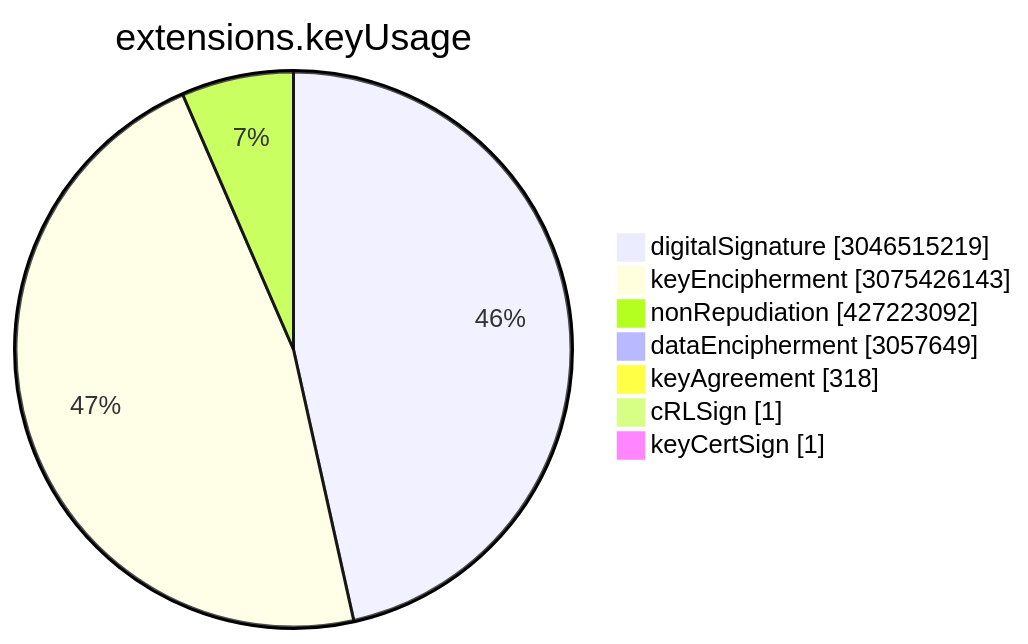
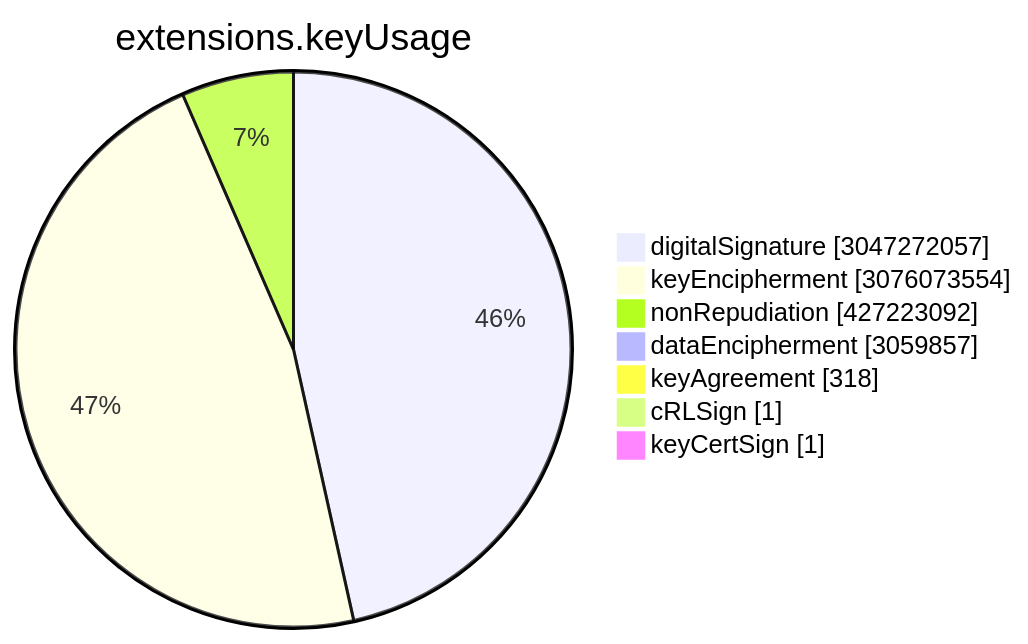
Before and after one commit to christiankrug/ctmonitor_visualization: the sixth of 15 diagrams in TOTAL/README.md, drawn with Mermaid. The commit also changed other lines of this file, not shown here.

````diff
--- a/TOTAL/README.md
+++ b/TOTAL/README.md
@@ -3075,11 +3075,11 @@
 ```mermaid
 pie showData
 title extensions.keyUsage
-"digitalSignature" :3046515219
-"keyEncipherment" :3075426143
+"digitalSignature" :3047272057
+"keyEncipherment" :3076073554
 "nonRepudiation" :427223092
-"dataEncipherment" :3057649
+"dataEncipherment" :3059857
 "keyAgreement" :318
 "cRLSign" :1
 "keyCertSign" :1
 ```
````
